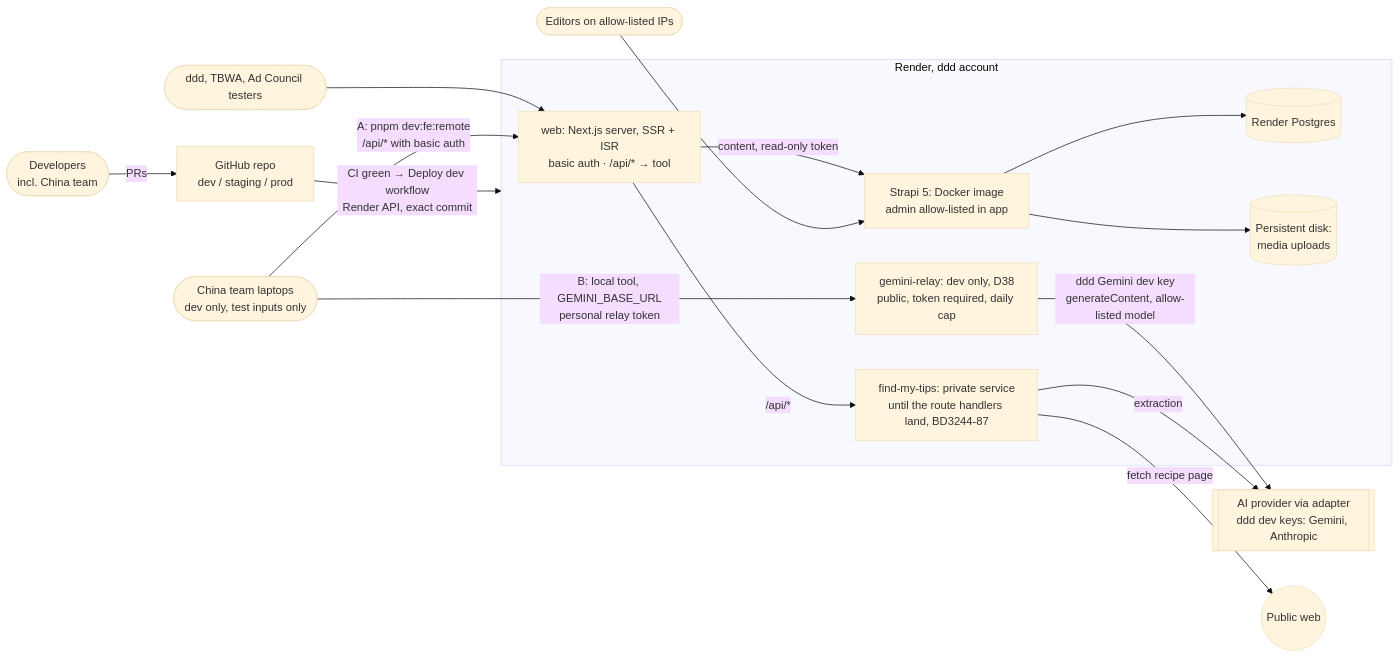
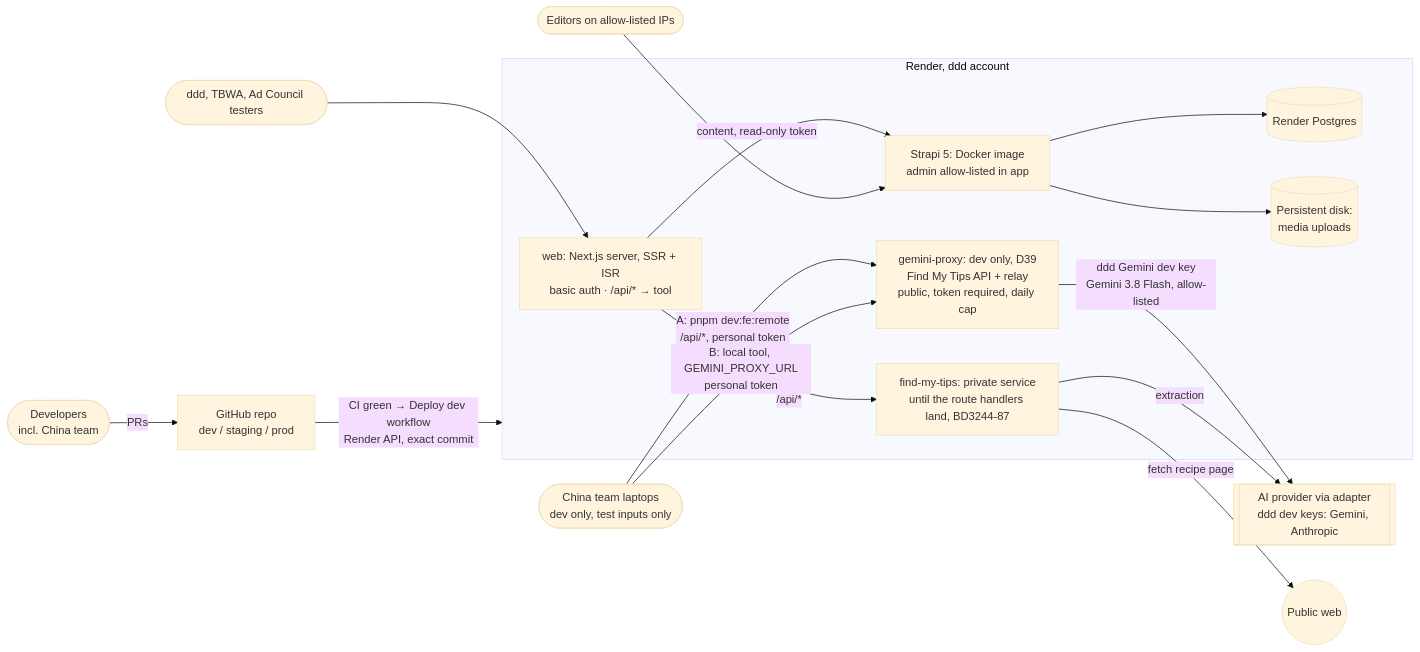
One commit to hancock01919sh/llf changed the first of 6 diagrams in docs/TDD.md. Above: the diagram before and after it, drawn with Mermaid (base theme). The commit also changed other lines of this file and 29 other files, not shown here.

First line of the commit message:
BD3244-121: feat(dev): Gemini proxy for the China team, replaces the relay (D39) (#69)

````diff
--- a/docs/TDD.md
+++ b/docs/TDD.md
@@ -243,24 +243,24 @@
 ```mermaid
 flowchart LR
   devs([Developers<br/>incl. China team]) -->|PRs| gh[GitHub repo<br/>dev / staging / prod]
   gh -->|CI green → Deploy dev workflow<br/>Render API, exact commit| render
   subgraph render[Render, ddd account]
     web[web: Next.js server, SSR + ISR<br/>basic auth · /api/* → tool]
     api[find-my-tips: private service<br/>until the route handlers land, BD3244-87]
-    relay[gemini-relay: dev only, D38<br/>public, token required, daily cap]
+    relay[gemini-proxy: dev only, D39<br/>Find My Tips API + relay<br/>public, token required, daily cap]
     cms[Strapi 5: Docker image<br/>admin allow-listed in app]
     pg[(Render Postgres)]
     disk[(Persistent disk:<br/>media uploads)]
   end
   testers([ddd, TBWA, Ad Council testers]) --> web
-  china([China team laptops<br/>dev only, test inputs only]) -->|A: pnpm dev:fe:remote<br/>/api/* with basic auth| web
-  china -->|B: local tool, GEMINI_BASE_URL<br/>personal relay token| relay
-  relay -->|ddd Gemini dev key<br/>generateContent, allow-listed model| claude
+  china([China team laptops<br/>dev only, test inputs only]) -->|A: pnpm dev:fe:remote<br/>/api/*, personal token| relay
+  china -->|B: local tool, GEMINI_PROXY_URL<br/>personal token| relay
+  relay -->|ddd Gemini dev key<br/>Gemini 3.8 Flash, allow-listed| claude
   web -->|content, read-only token| cms
   web -->|/api/*| api
   api -->|extraction| claude[[AI provider via adapter<br/>ddd dev keys: Gemini, Anthropic]]
   api -->|fetch recipe page| www((Public web))
   editors([Editors on allow-listed IPs]) --> cms
   cms --> pg
   cms --> disk
 ```
````
